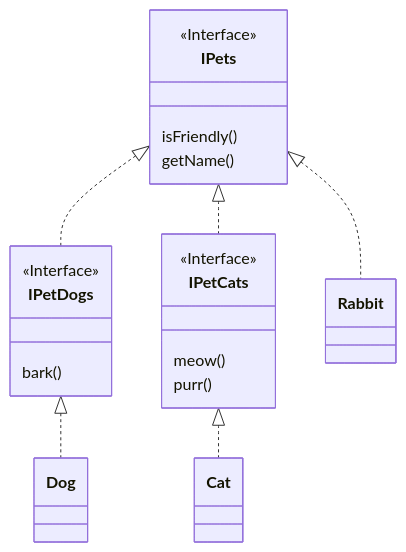
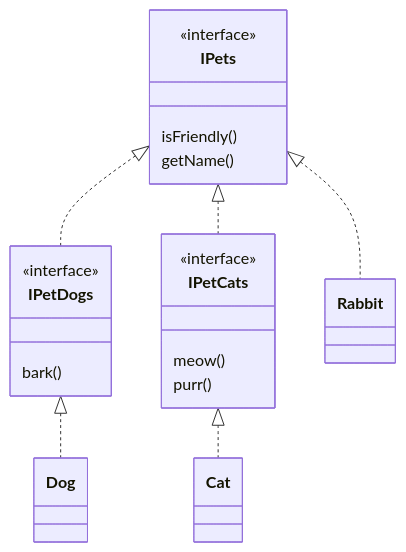
One commit to choesimin/choesimin.github.io changed the second of 5 diagrams in _notes/oop/solid/4-isp.md. Above: the diagram before and after it, drawn with Mermaid. The commit also changed other lines of this file and 10 other files, not shown here.

````diff
--- a/_notes/oop/solid/4-isp.md
+++ b/_notes/oop/solid/4-isp.md
@@ -81,27 +81,27 @@
 ```mermaid
 classDiagram
 
 class IPets {
-    <<Interface>>
+    <<interface>>
     isFriendly()
     getName()
 }
 class IPetDogs {
-    <<Interface>>
+    <<interface>>
     bark()
 }
 class IPetCats {
-    <<Interface>>
+    <<interface>>
     meow()
     purr()
 }
 class Dog 
 class Cat
 class Rabbit
 
 IPets <|.. IPetDogs
 IPets <|.. IPetCats
 IPetDogs <|.. Dog
 IPetCats <|.. Cat
 IPets <|.. Rabbit
 ```
````
